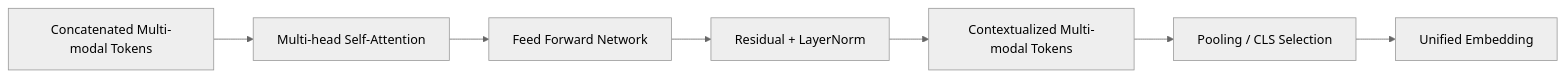
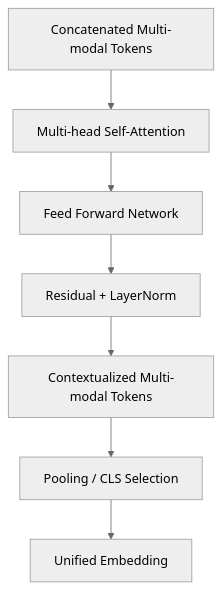
The sixth of 11 diagrams in docs/proposal/proposal.md (Computer-Vision-HCMUS/Product-Ecommerce-Image-Retrieval), drawn with Mermaid (neutral theme) before and after one commit. The commit also changed other lines of this file and 1 other file, not shown here.

````diff
--- a/docs/proposal/proposal.md
+++ b/docs/proposal/proposal.md
@@ -745,9 +735,9 @@
 ```mermaid
-flowchart LR
+flowchart TD
     X["Concatenated Multi-modal Tokens"] --> SA["Multi-head Self-Attention"]
     SA --> FFN["Feed Forward Network"]
     FFN --> LN["Residual + LayerNorm"]
     LN --> O["Contextualized Multi-modal Tokens"]
     O --> POOL["Pooling / CLS Selection"]
     POOL --> EMB["Unified Embedding"]
 ```
````
